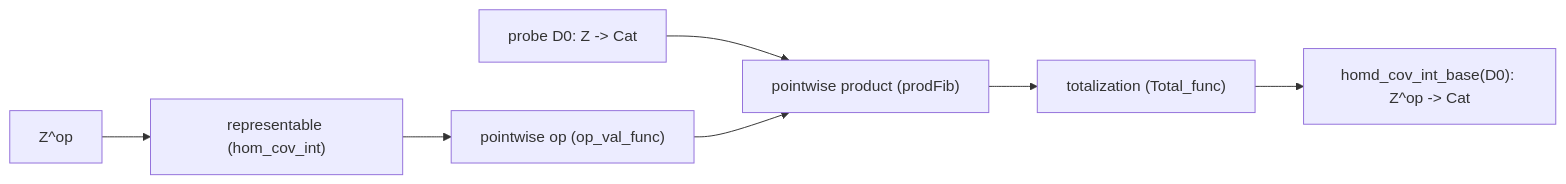
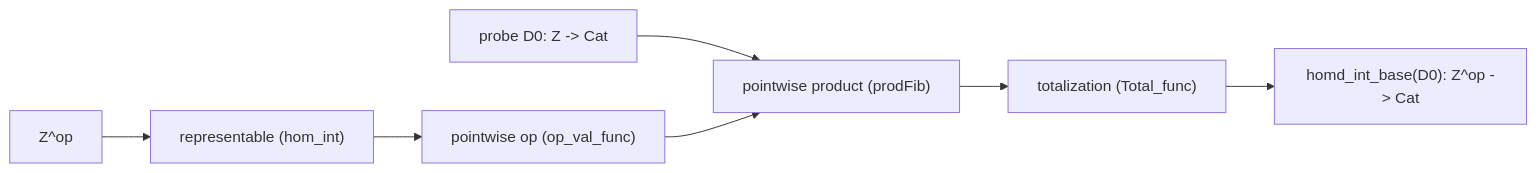
One commit to hotdocx/emdash changed the diagram in print/public/index.md. Above: the diagram before and after it, drawn with Mermaid. The commit also changed other lines of this file and 8 other files, not shown here.

Commit message:
rename hom_ homd_

```diff
--- a/print/public/index.md
+++ b/print/public/index.md
@@ -583,9 +583,9 @@
 <div class="mermaid">
 flowchart LR
-  Zop["Z^op"] --> H["representable (hom_cov_int)"]
+  Zop["Z^op"] --> H["representable (hom_int)"]
   H --> Op["pointwise op (op_val_func)"]
   D0["probe D0: Z -> Cat"] --> Prod["pointwise product (prodFib)"]
   Op --> Prod
   Prod --> Tot["totalization (Total_func)"]
-  Tot --> Base["homd_cov_int_base(D0): Z^op -> Cat"]
+  Tot --> Base["homd_int_base(D0): Z^op -> Cat"]
 </div>
```
